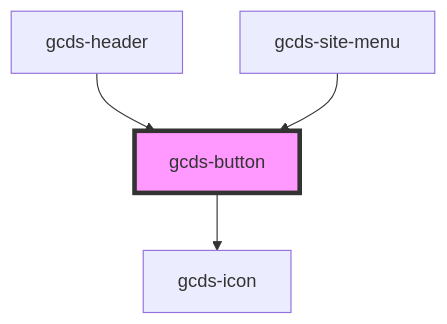
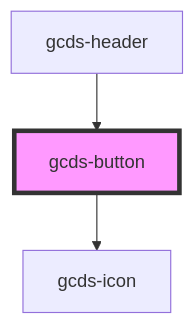
Before and after one commit to cds-snc/gcds-components: the diagram in packages/web/src/components/gcds-button/readme.md, drawn with Mermaid. The commit also changed other lines of this file and 27 other files, not shown here.

````diff
--- a/packages/web/src/components/gcds-button/readme.md
+++ b/packages/web/src/components/gcds-button/readme.md
@@ -59,7 +58,6 @@
 ```mermaid
 graph TD;
   gcds-button --> gcds-icon
   gcds-header --> gcds-button
-  gcds-site-menu --> gcds-button
   style gcds-button fill:#f9f,stroke:#333,stroke-width:4px
 ```
````
